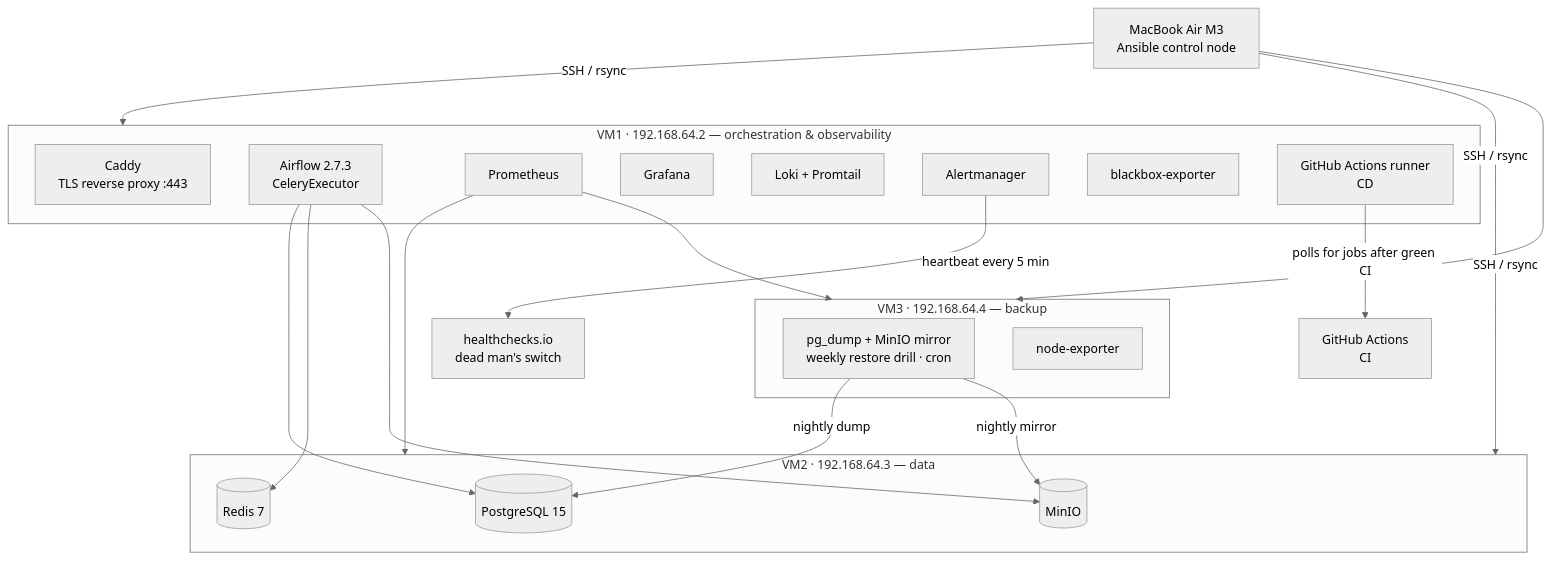
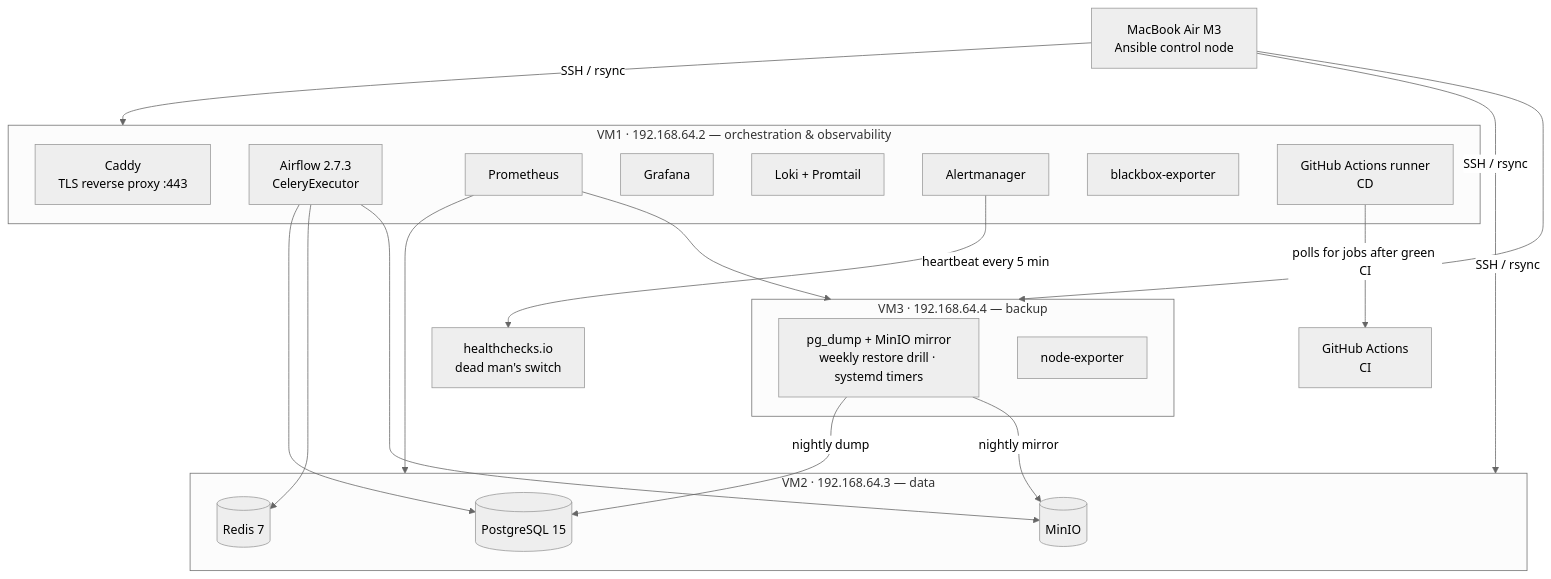
One commit to luongmaiquynh/DataOps-mini changed the diagram in README.md. Above: the diagram before and after it, drawn with Mermaid (neutral theme). The commit also changed 14 other files, not shown here.

First line of the commit message:
backup: chuyển 3 job trên VM3 từ cron sang systemd timer

````diff
--- a/README.md
+++ b/README.md
@@ -32,34 +32,34 @@
 ```mermaid
 flowchart TB
     Mac["MacBook Air M3<br/>Ansible control node"]
 
     subgraph VM1["VM1 · 192.168.64.2 — orchestration & observability"]
         Caddy["Caddy<br/>TLS reverse proxy :443"]
         AF["Airflow 2.7.3<br/>CeleryExecutor"]
         Prom["Prometheus"]
         Graf["Grafana"]
         Loki["Loki + Promtail"]
         AM["Alertmanager"]
         BB["blackbox-exporter"]
         Runner["GitHub Actions runner<br/>CD"]
     end
 
     subgraph VM2["VM2 · 192.168.64.3 — data"]
         PG[("PostgreSQL 15")]
         Redis[("Redis 7")]
         Minio[("MinIO")]
     end
 
     subgraph VM3["VM3 · 192.168.64.4 — backup"]
-        Backup["pg_dump + MinIO mirror<br/>weekly restore drill · cron"]
+        Backup["pg_dump + MinIO mirror<br/>weekly restore drill · systemd timers"]
         NE["node-exporter"]
     end
 
     Mac -->|SSH / rsync| VM1 & VM2 & VM3
     AF --> PG & Redis & Minio
     Prom --> VM2 & VM3
     AM -->|heartbeat every 5 min| HC["healthchecks.io<br/>dead man's switch"]
     Backup -->|nightly dump| PG
     Backup -->|nightly mirror| Minio
     Runner -->|polls for jobs after green CI| GH["GitHub Actions<br/>CI"]
 ```
````
